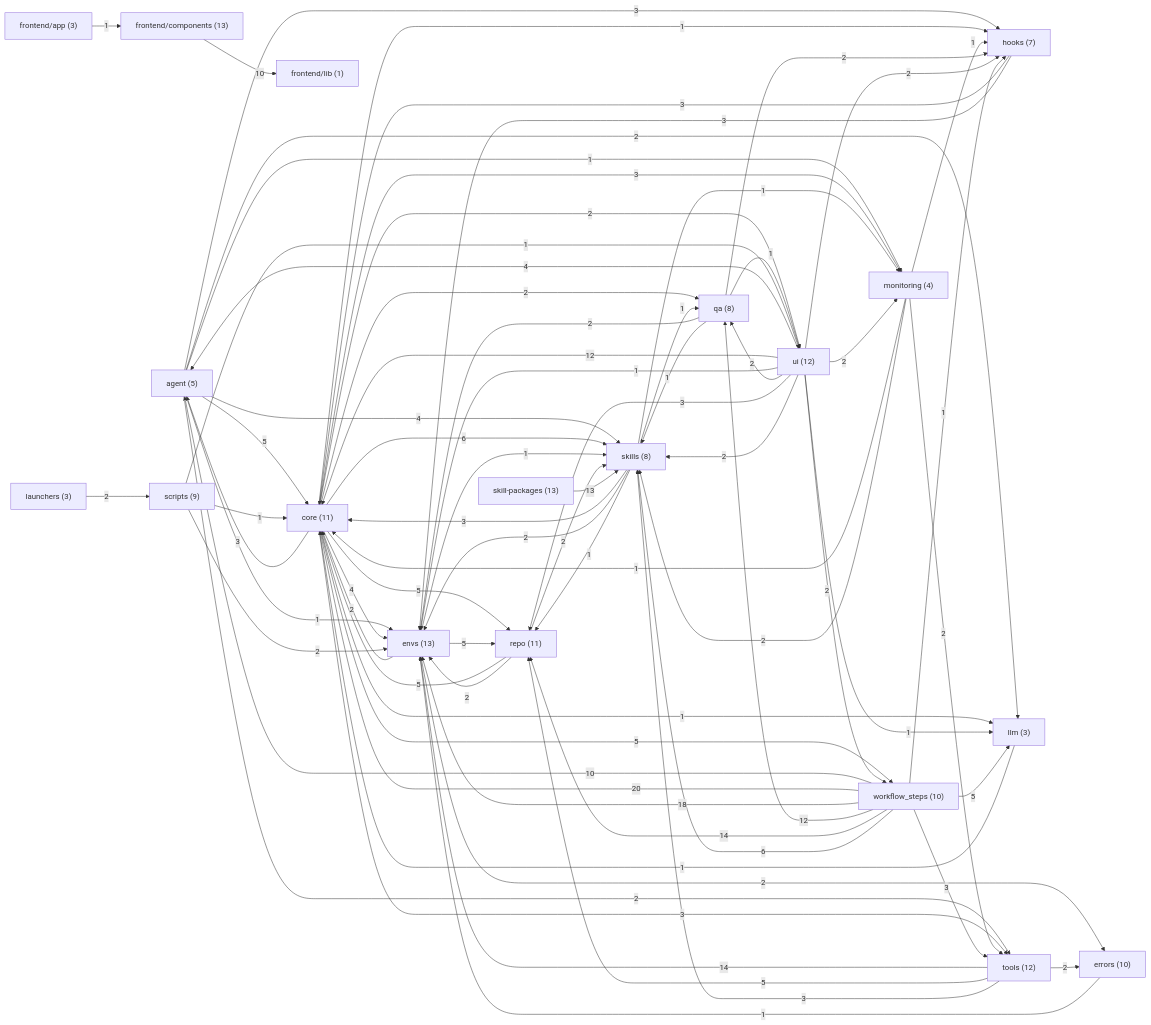
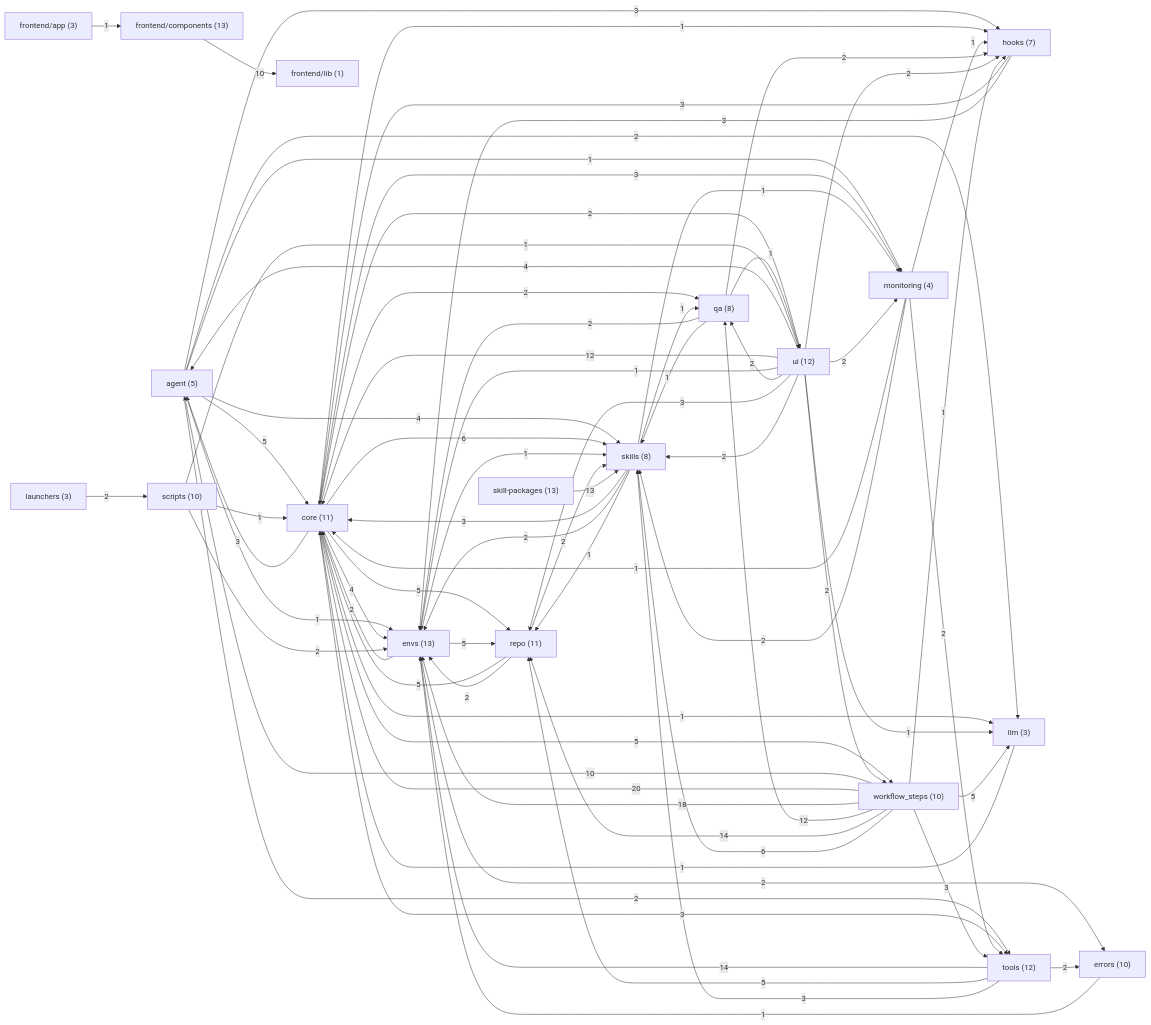
Before and after one commit to sarveshtalele/maf-harness-testing: the second of 21 diagrams in docs/ARCHITECTURE_MAP.md, drawn with Mermaid. The commit also changed other lines of this file and 10 other files, not shown here.

```diff
--- a/docs/ARCHITECTURE_MAP.md
+++ b/docs/ARCHITECTURE_MAP.md
@@ -72,7 +72,7 @@
   g10["monitoring (4)"]
   g11["qa (8)"]
   g12["repo (11)"]
-  g13["scripts (9)"]
+  g13["scripts (10)"]
   g14["skill-packages (13)"]
   g15["skills (8)"]
   g16["tools (12)"]
```
